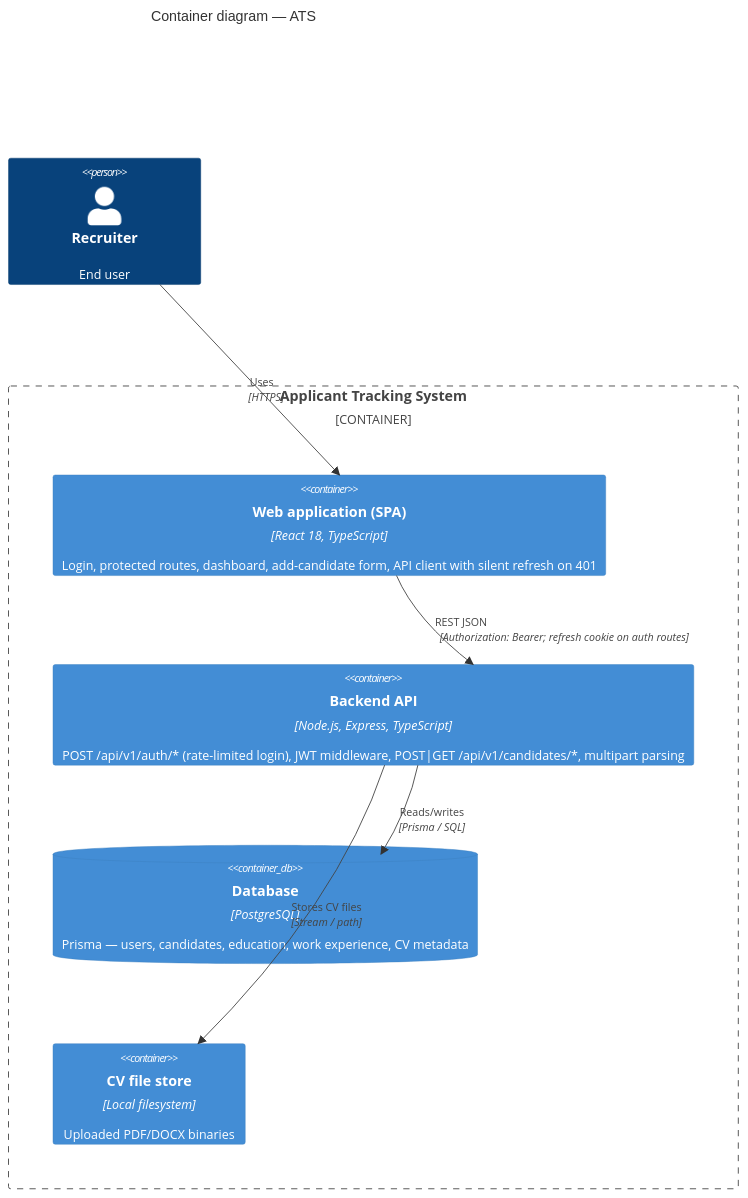
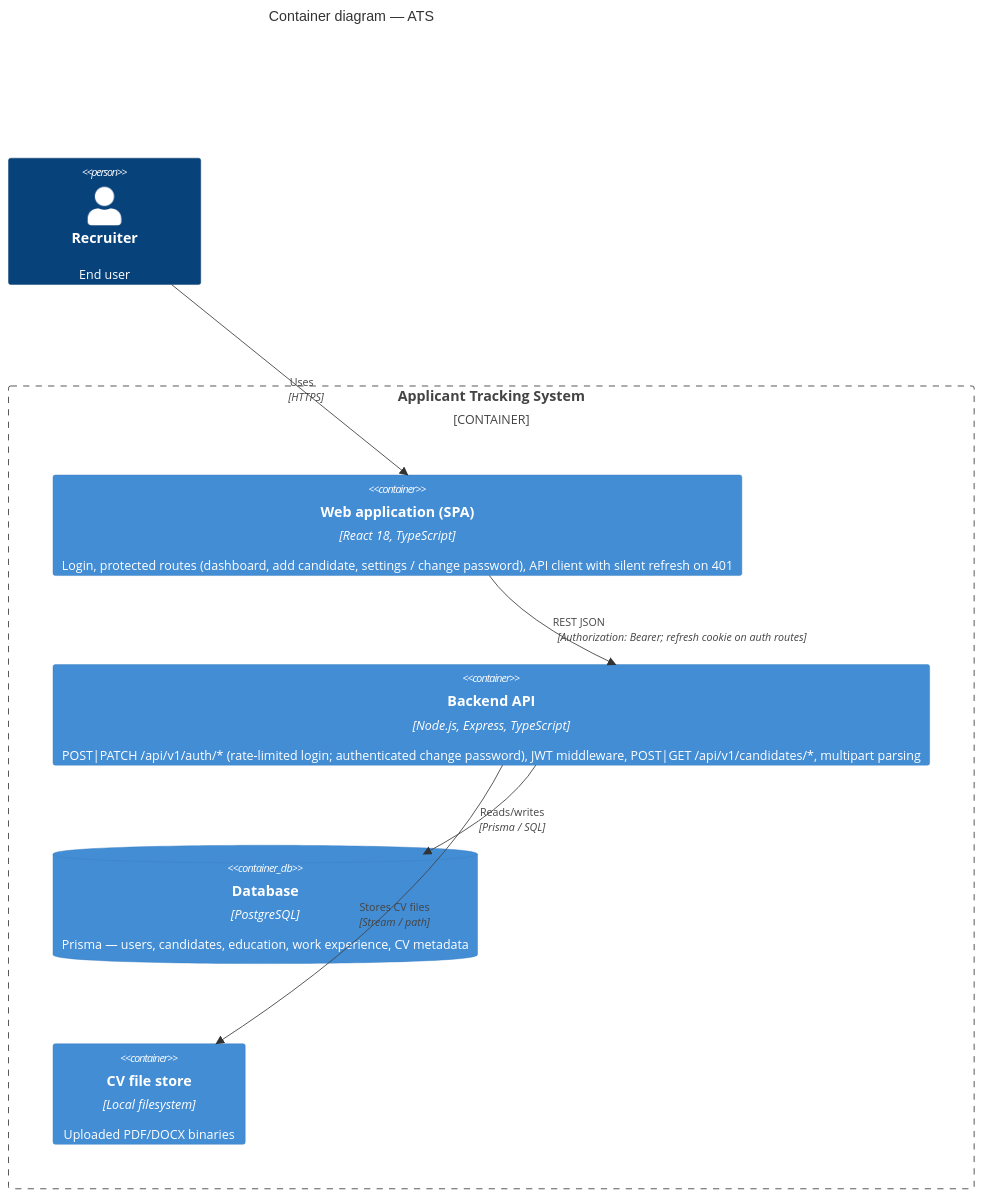
One commit to ArnauAregall/AI4Devs-lab-ides-202602-Seniors changed the second of 2 diagrams in docs/c4-architecture-diagram.md. Above: the diagram before and after it, drawn with Mermaid. The commit also changed other lines of this file and 40 other files, not shown here.

````diff
--- a/docs/c4-architecture-diagram.md
+++ b/docs/c4-architecture-diagram.md
@@ -24,18 +26,18 @@
 ```mermaid
 C4Container
 title Container diagram — ATS
 
 Person(recruiter, "Recruiter", "End user")
 
 Container_Boundary(ats, "Applicant Tracking System") {
-    Container(spa, "Web application (SPA)", "React 18, TypeScript", "Login, protected routes, dashboard, add-candidate form, API client with silent refresh on 401")
-    Container(api, "Backend API", "Node.js, Express, TypeScript", "POST /api/v1/auth/* (rate-limited login), JWT middleware, POST|GET /api/v1/candidates/*, multipart parsing")
+    Container(spa, "Web application (SPA)", "React 18, TypeScript", "Login, protected routes (dashboard, add candidate, settings / change password), API client with silent refresh on 401")
+    Container(api, "Backend API", "Node.js, Express, TypeScript", "POST|PATCH /api/v1/auth/* (rate-limited login; authenticated change password), JWT middleware, POST|GET /api/v1/candidates/*, multipart parsing")
     ContainerDb(db, "Database", "PostgreSQL", "Prisma — users, candidates, education, work experience, CV metadata")
     Container(fs, "CV file store", "Local filesystem", "Uploaded PDF/DOCX binaries")
 }
 
 Rel(recruiter, spa, "Uses", "HTTPS")
 Rel(spa, api, "REST JSON", "Authorization: Bearer; refresh cookie on auth routes")
 Rel(api, db, "Reads/writes", "Prisma / SQL")
 Rel(api, fs, "Stores CV files", "Stream / path")
 ```
````
